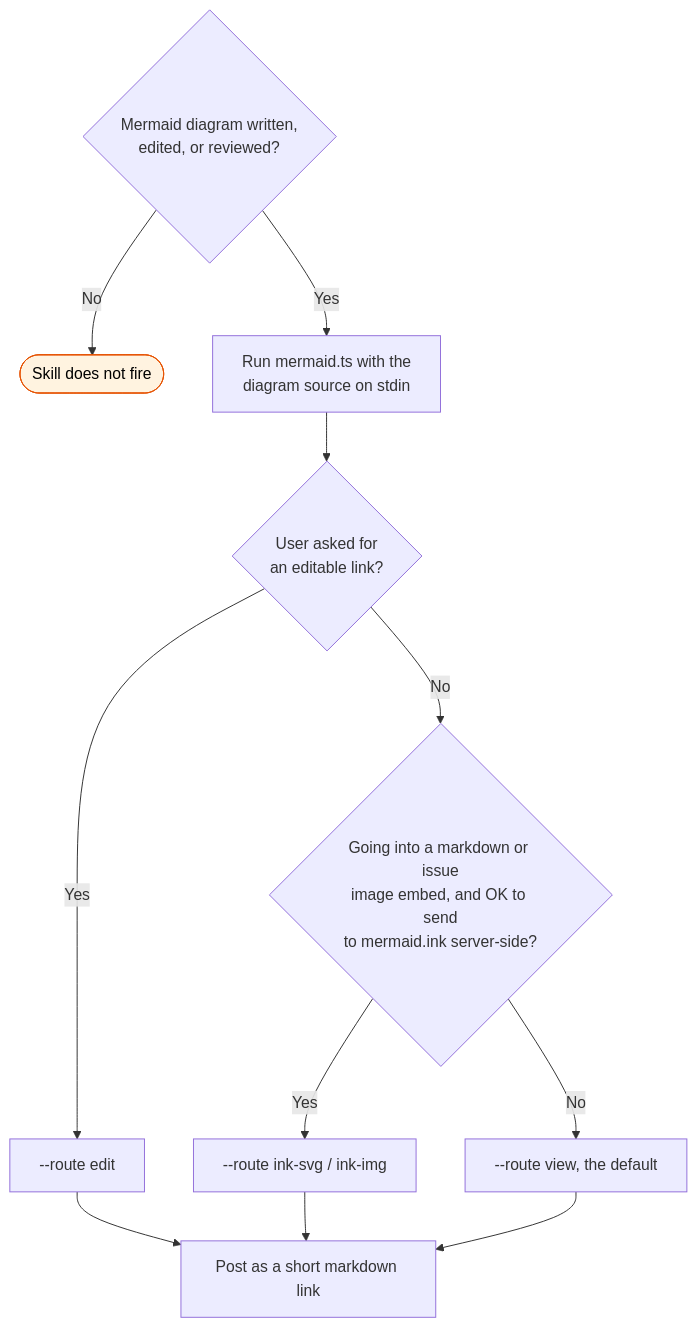
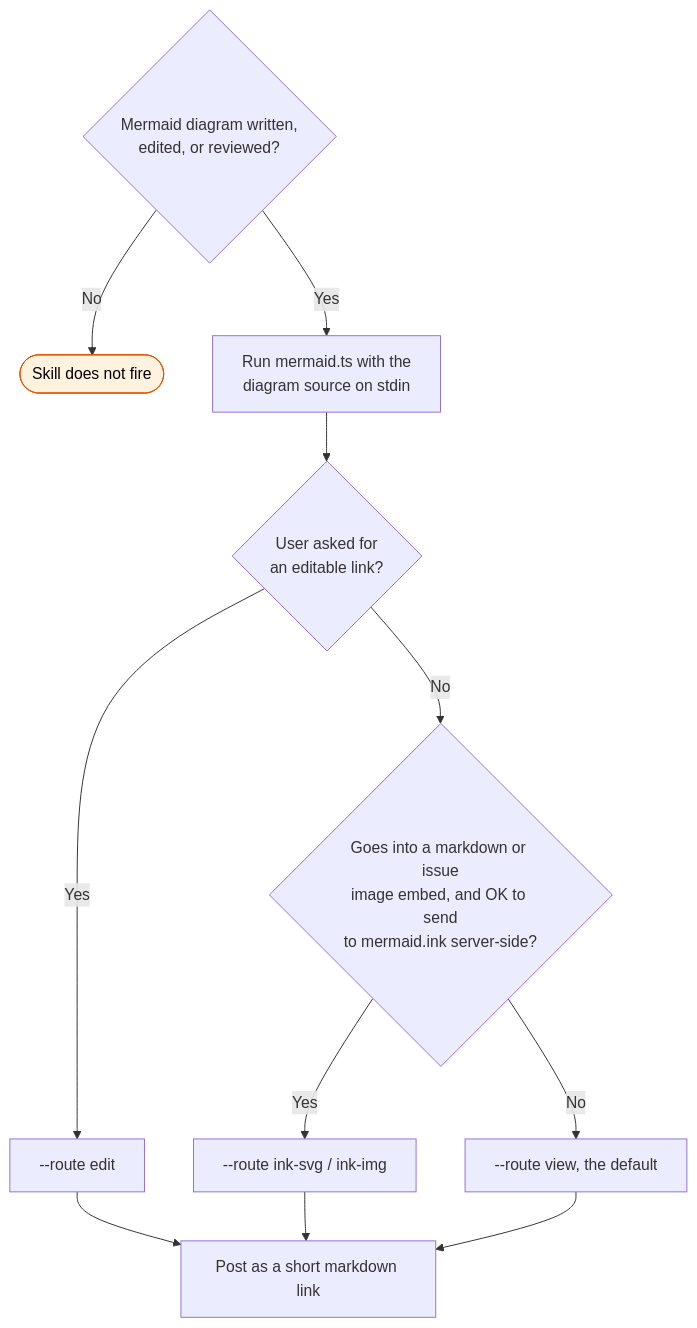
The diagram in plugins/mermaid/skills/view/FLOW.md (bje-settings/claude), drawn with Mermaid before and after one commit. The commit also changed other lines of this file and 23 other files, not shown here.

First line of the commit message:
docs(audit): STE100 for audit, mermaid and typescript7-lsp (#212)

````diff
--- a/plugins/mermaid/skills/view/FLOW.md
+++ b/plugins/mermaid/skills/view/FLOW.md
@@ -3,18 +3,18 @@
 ```mermaid
 flowchart TD
     A{Mermaid diagram written,<br/>edited, or reviewed?}
     A -->|No| Z([Skill does not fire]):::stop
     A -->|Yes| B[Run mermaid.ts with the<br/>diagram source on stdin]
 
     B --> C{User asked for<br/>an editable link?}
     C -->|Yes| D[--route edit]
-    C -->|No| E{Going into a markdown or issue<br/>image embed, and OK to send<br/>to mermaid.ink server-side?}
+    C -->|No| E{Goes into a markdown or issue<br/>image embed, and OK to send<br/>to mermaid.ink server-side?}
     E -->|Yes| F[--route ink-svg / ink-img]
     E -->|No| G[--route view, the default]
 
     D --> H[Post as a short markdown link]
     F --> H
     G --> H
 
     classDef stop fill:#fff3e0,stroke:#e65100,color:#000
 ```
````
